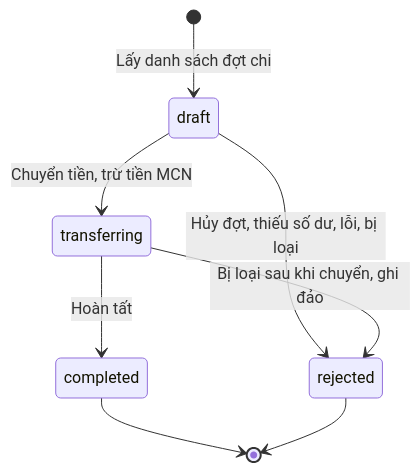
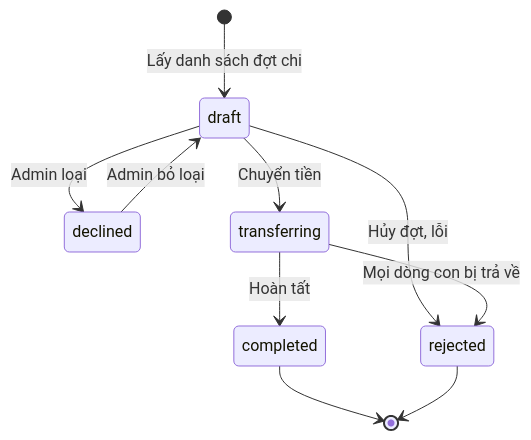
One commit to viewboost/accesstrade-docs changed the sixth of 6 diagrams in mcn/techspec-mcn-phase1-2026-11-04.md. Above: the diagram before and after it, drawn with Mermaid. The commit also changed other lines of this file, not shown here.

````diff
--- a/mcn/techspec-mcn-phase1-2026-11-04.md
+++ b/mcn/techspec-mcn-phase1-2026-11-04.md
@@ -457,10 +522,12 @@
 ```mermaid
 stateDiagram-v2
   [*] --> draft : Lấy danh sách đợt chi
-  draft --> rejected : Hủy đợt, thiếu số dư, lỗi, bị loại
-  draft --> transferring : Chuyển tiền, trừ tiền MCN
+  draft --> declined : Admin loại
+  declined --> draft : Admin bỏ loại
+  draft --> rejected : Hủy đợt, lỗi
+  draft --> transferring : Chuyển tiền
   transferring --> completed : Hoàn tất
-  transferring --> rejected : Bị loại sau khi chuyển, ghi đảo
+  transferring --> rejected : Mọi dòng con bị trả về
   completed --> [*]
   rejected --> [*]
 ```
````
